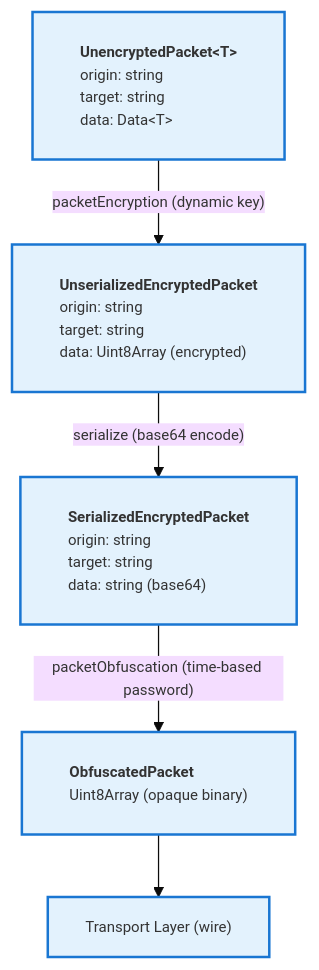
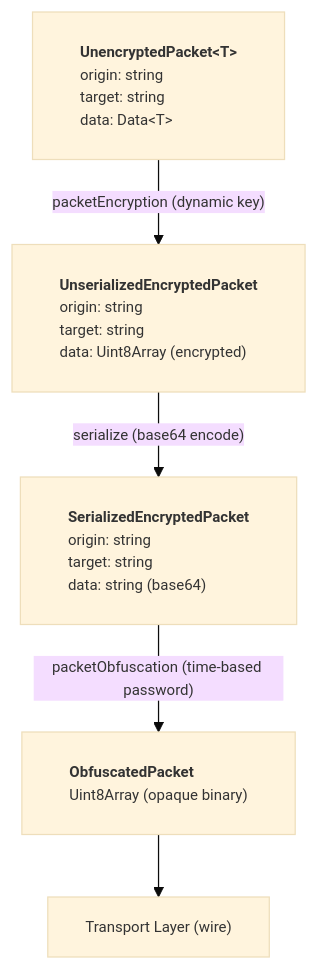
One commit to AndrewRedican/hyperfrontend changed the fourth of 5 diagrams in libs/network-protocol/src/lib/security/README.md. Above: the diagram before and after it, drawn with Mermaid. The commit also changed other lines of this file and 2 other files, not shown here.

````diff
--- a/libs/network-protocol/src/lib/security/README.md
+++ b/libs/network-protocol/src/lib/security/README.md
@@ -282,22 +276,18 @@
 ```mermaid
 %%{init: {'theme':'base', 'themeVariables': {'fontSize':'12px'}, 'flowchart':{'htmlLabels':true}}}%%
 flowchart TB
     UP["<div style='text-align: left; padding: 8px;'><b>UnencryptedPacket&lt;T&gt;</b><br/>origin: string<br/>target: string<br/>data: Data&lt;T&gt;</div>"]
 
     UEP["<div style='text-align: left; padding: 8px;'><b>UnserializedEncryptedPacket</b><br/>origin: string<br/>target: string<br/>data: Uint8Array (encrypted)</div>"]
 
     SEP["<div style='text-align: left; padding: 8px;'><b>SerializedEncryptedPacket</b><br/>origin: string<br/>target: string<br/>data: string (base64)</div>"]
 
     OP["<div style='text-align: left; padding: 8px;'><b>ObfuscatedPacket</b><br/>Uint8Array (opaque binary)</div>"]
 
     WIRE["Transport Layer (wire)"]
 
     UP -->|"packetEncryption (dynamic key)"| UEP
     UEP -->|"serialize (base64 encode)"| SEP
     SEP -->|"packetObfuscation (time-based password)"| OP
     OP --> WIRE
-
-    classDef packetStyle fill:#e3f2fd,stroke:#1976d2,stroke-width:2px
-
-    class UP,UEP,SEP,OP,WIRE packetStyle
 ```
````
